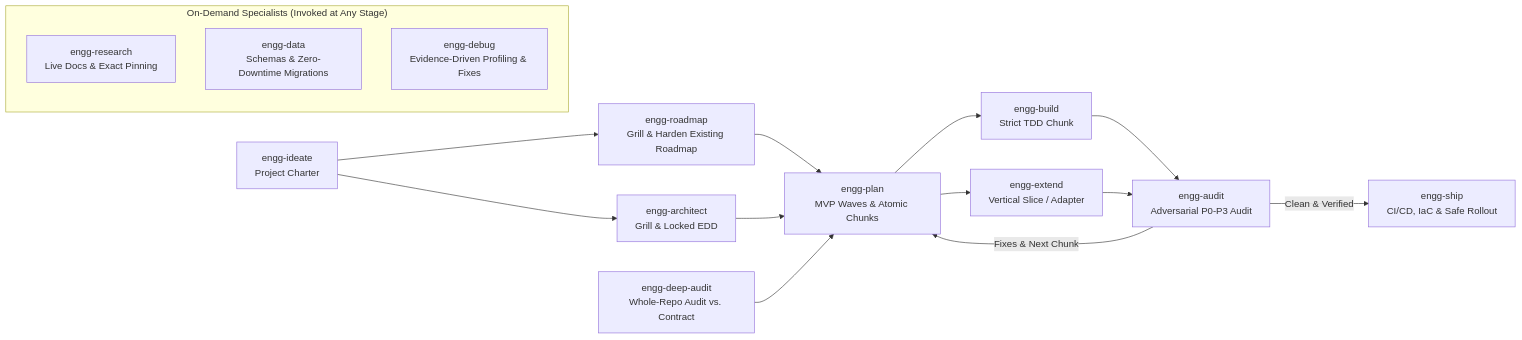
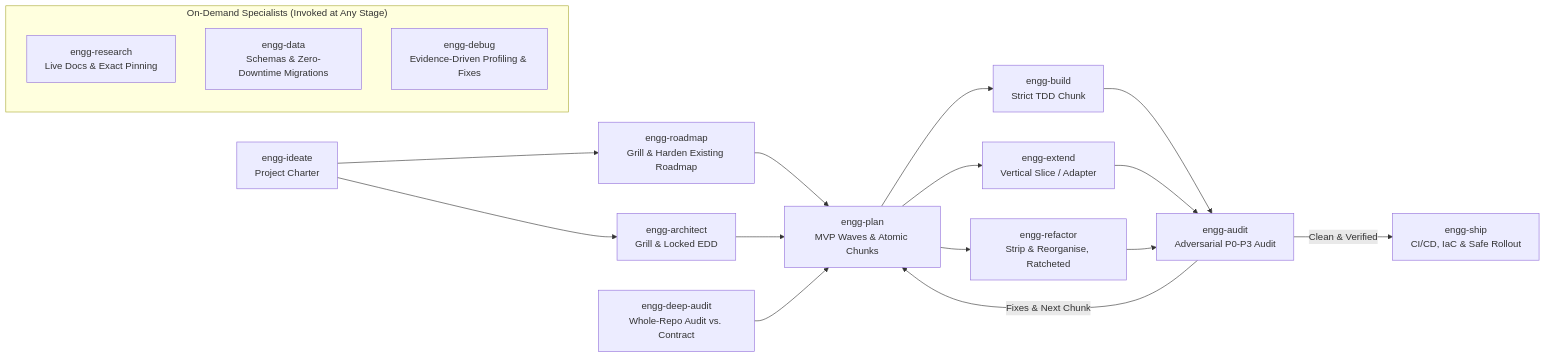
Before and after one commit to devnadeemashraf/engg-skills-suite: the diagram in README.md, drawn with Mermaid. The commit also changed other lines of this file and 3 other files, not shown here.

````diff
--- a/README.md
+++ b/README.md
@@ -34,20 +34,22 @@
 ```mermaid
 flowchart LR
     A["engg-ideate<br/>Project Charter"] --> B["engg-architect<br/>Grill & Locked EDD"]
     R["engg-roadmap<br/>Grill & Harden Existing Roadmap"] --> C["engg-plan<br/>MVP Waves & Atomic Chunks"]
     B --> C
     A --> R
     C --> D["engg-build<br/>Strict TDD Chunk"]
     C --> E["engg-extend<br/>Vertical Slice / Adapter"]
     D --> F["engg-audit<br/>Adversarial P0-P3 Audit"]
     E --> F
     F -- "Fixes & Next Chunk" --> C
     F -- "Clean & Verified" --> G["engg-ship<br/>CI/CD, IaC & Safe Rollout"]
     X["engg-deep-audit<br/>Whole-Repo Audit vs. Contract"] --> C
+    C --> Y["engg-refactor<br/>Strip & Reorganise, Ratcheted"]
+    Y --> F
 
     subgraph Specialists["On-Demand Specialists (Invoked at Any Stage)"]
         H["engg-research<br/>Live Docs & Exact Pinning"]
         I["engg-data<br/>Schemas & Zero-Downtime Migrations"]
         J["engg-debug<br/>Evidence-Driven Profiling & Fixes"]
     end
 ```
````
